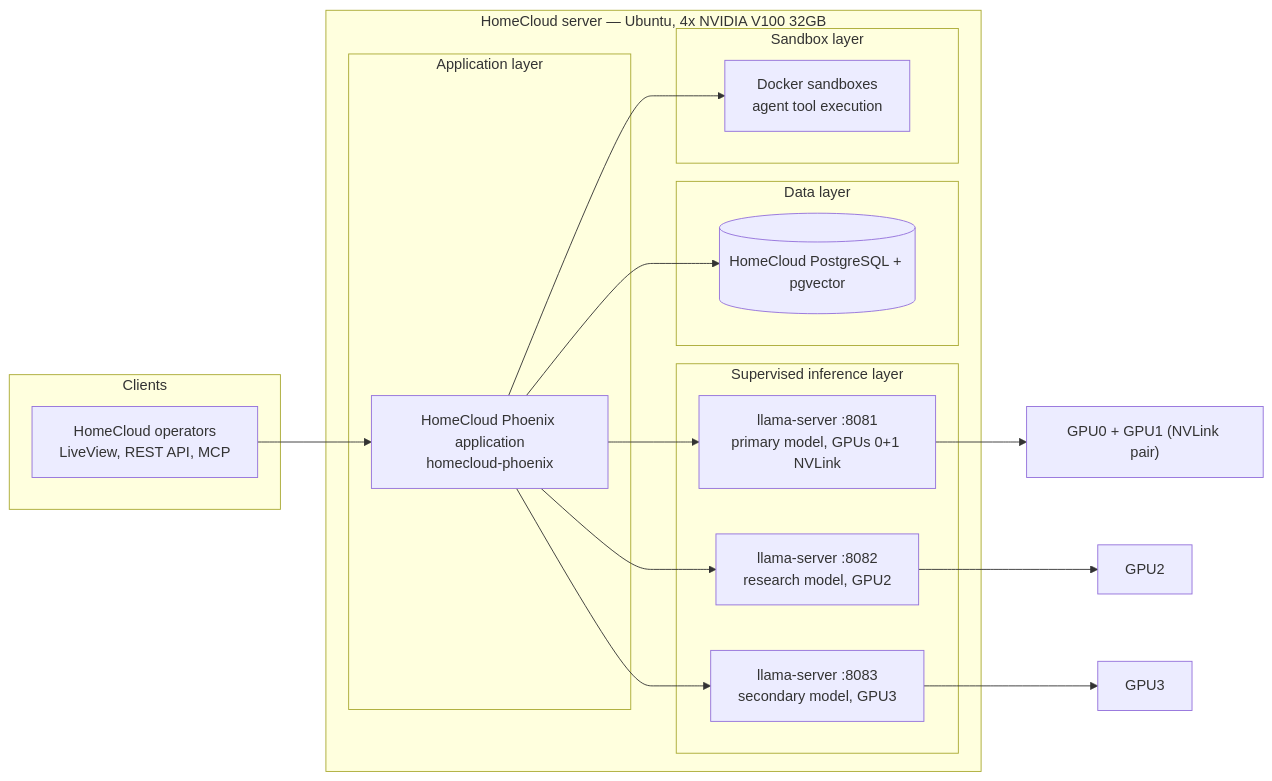
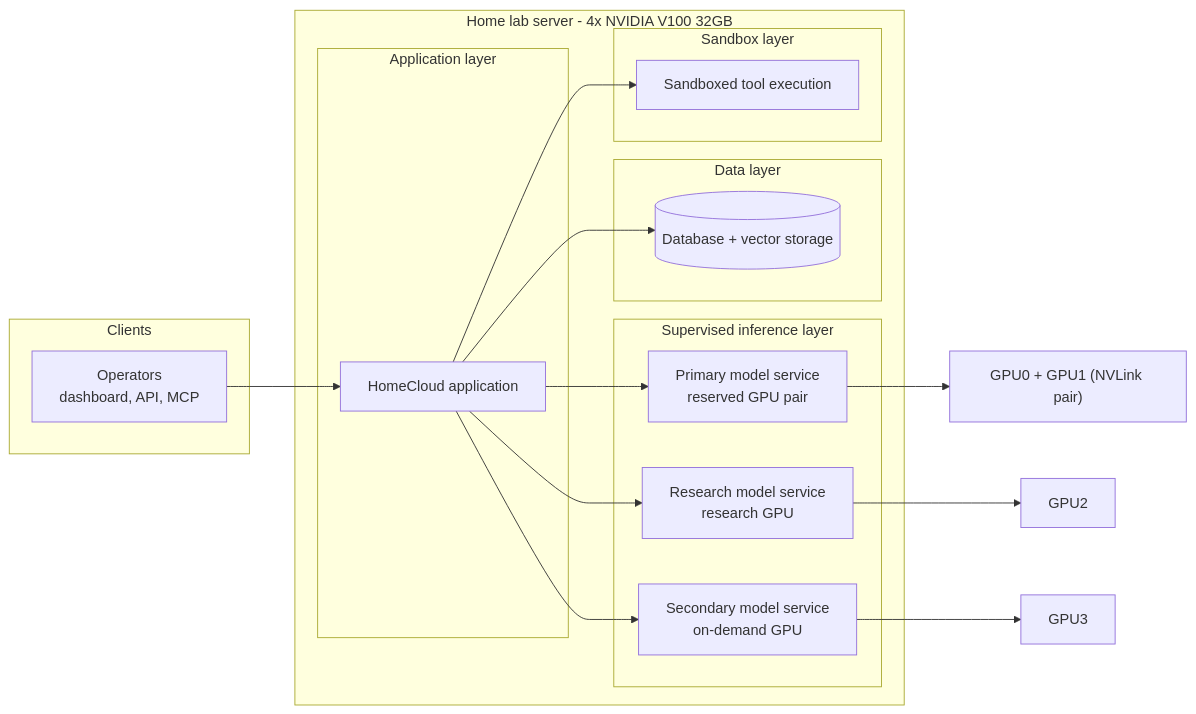
One commit to wahargis/portfolio changed the diagram in homecloud/assets/diagrams/deployment.mmd. Above: the diagram before and after it, drawn with Mermaid. The commit also changed 53 other files, not shown here.

Commit message:
Public-portfolio audit fixes: conceptual architecture pages, executive summaries, diagrams, and redactions

```diff
--- a/homecloud/assets/diagrams/deployment.mmd
+++ b/homecloud/assets/diagrams/deployment.mmd
@@ -1,34 +1,34 @@
 flowchart LR
     subgraph clients["Clients"]
-        OPS["HomeCloud operators<br/>LiveView, REST API, MCP"]
+        OPS["Operators<br/>dashboard, API, MCP"]
     end
 
-    subgraph server["HomeCloud server — Ubuntu, 4x NVIDIA V100 32GB"]
+    subgraph server["Home lab server - 4x NVIDIA V100 32GB"]
         subgraph apps["Application layer"]
-            HCAPP["HomeCloud Phoenix application<br/>homecloud-phoenix"]
+            APP["HomeCloud application"]
         end
 
         subgraph inference["Supervised inference layer"]
-            PRIMARY["llama-server :8081<br/>primary model, GPUs 0+1 NVLink"]
-            RESEARCH["llama-server :8082<br/>research model, GPU2"]
-            SECONDARY["llama-server :8083<br/>secondary model, GPU3"]
+            PRIMARY["Primary model service<br/>reserved GPU pair"]
+            RESEARCH["Research model service<br/>research GPU"]
+            SECONDARY["Secondary model service<br/>on-demand GPU"]
         end
 
         subgraph data["Data layer"]
-            HCDB[("HomeCloud PostgreSQL + pgvector")]
+            DB[("Database + vector storage")]
         end
 
         subgraph sandbox["Sandbox layer"]
-            DOCKER["Docker sandboxes<br/>agent tool execution"]
+            DOCKER["Sandboxed tool execution"]
         end
     end
 
-    OPS --> HCAPP
-    HCAPP --> PRIMARY
-    HCAPP --> RESEARCH
-    HCAPP --> SECONDARY
-    HCAPP --> HCDB
-    HCAPP --> DOCKER
+    OPS --> APP
+    APP --> PRIMARY
+    APP --> RESEARCH
+    APP --> SECONDARY
+    APP --> DB
+    APP --> DOCKER
     PRIMARY --> GPUS["GPU0 + GPU1 (NVLink pair)"]
     RESEARCH --> GPU2["GPU2"]
     SECONDARY --> GPU3["GPU3"]
```
